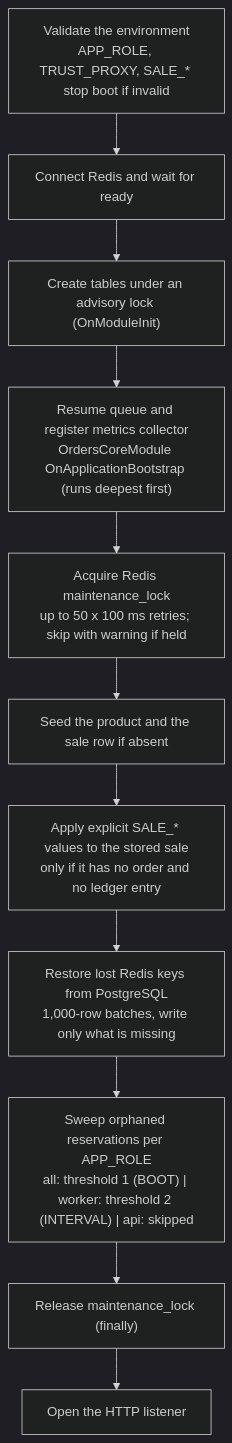
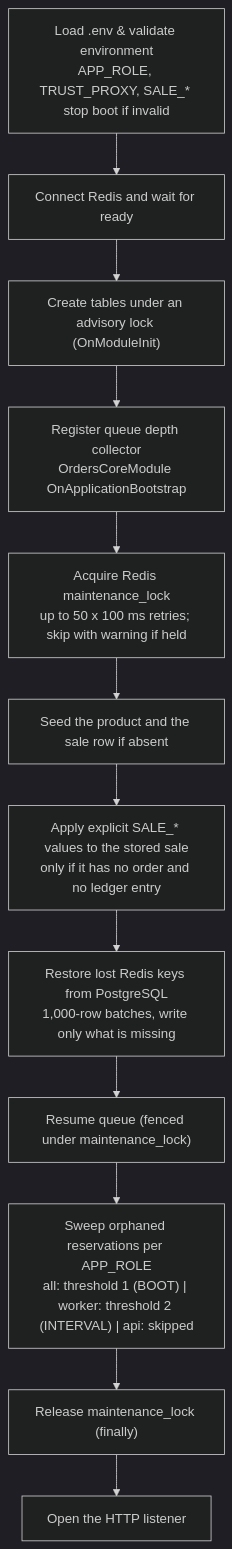
The fourth of 5 diagrams in docs/architecture.md (minhhieple97/flash-sale-system), drawn with Mermaid (dark theme) before and after one commit. The commit also changed other lines of this file and 9 other files, not shown here.

Commit message:
docs: condense README and sync architecture, fault-tolerance, and benchmark docs

````diff
--- a/docs/architecture.md
+++ b/docs/architecture.md
@@ -187,13 +187,14 @@
 ```mermaid
 flowchart TD
-    env["Validate the environment<br/>APP_ROLE, TRUST_PROXY, SALE_* stop boot if invalid"] --> redisReady["Connect Redis and wait for ready"]
+    env["Load .env & validate environment<br/>APP_ROLE, TRUST_PROXY, SALE_* stop boot if invalid"] --> redisReady["Connect Redis and wait for ready"]
     redisReady --> ddl["Create tables under an advisory lock (OnModuleInit)"]
-    ddl --> resume["Resume queue and register metrics collector<br/>OrdersCoreModule OnApplicationBootstrap (runs deepest first)"]
-    resume --> lease["Acquire Redis maintenance_lock<br/>up to 50 x 100 ms retries; skip with warning if held"]
+    ddl --> regMetrics["Register queue depth collector<br/>OrdersCoreModule OnApplicationBootstrap"]
+    regMetrics --> lease["Acquire Redis maintenance_lock<br/>up to 50 x 100 ms retries; skip with warning if held"]
     lease --> seed["Seed the product and the sale row if absent"]
     seed --> apply["Apply explicit SALE_* values to the stored sale<br/>only if it has no order and no ledger entry"]
     apply --> restore["Restore lost Redis keys from PostgreSQL<br/>1,000-row batches, write only what is missing"]
-    restore --> sweep["Sweep orphaned reservations per APP_ROLE<br/>all: threshold 1 (BOOT) | worker: threshold 2 (INTERVAL) | api: skipped"]
+    restore --> resumeQ["Resume queue (fenced under maintenance_lock)"]
+    resumeQ --> sweep["Sweep orphaned reservations per APP_ROLE<br/>all: threshold 1 (BOOT) | worker: threshold 2 (INTERVAL) | api: skipped"]
     sweep --> release["Release maintenance_lock (finally)"]
     release --> listen["Open the HTTP listener"]
 ```
````
